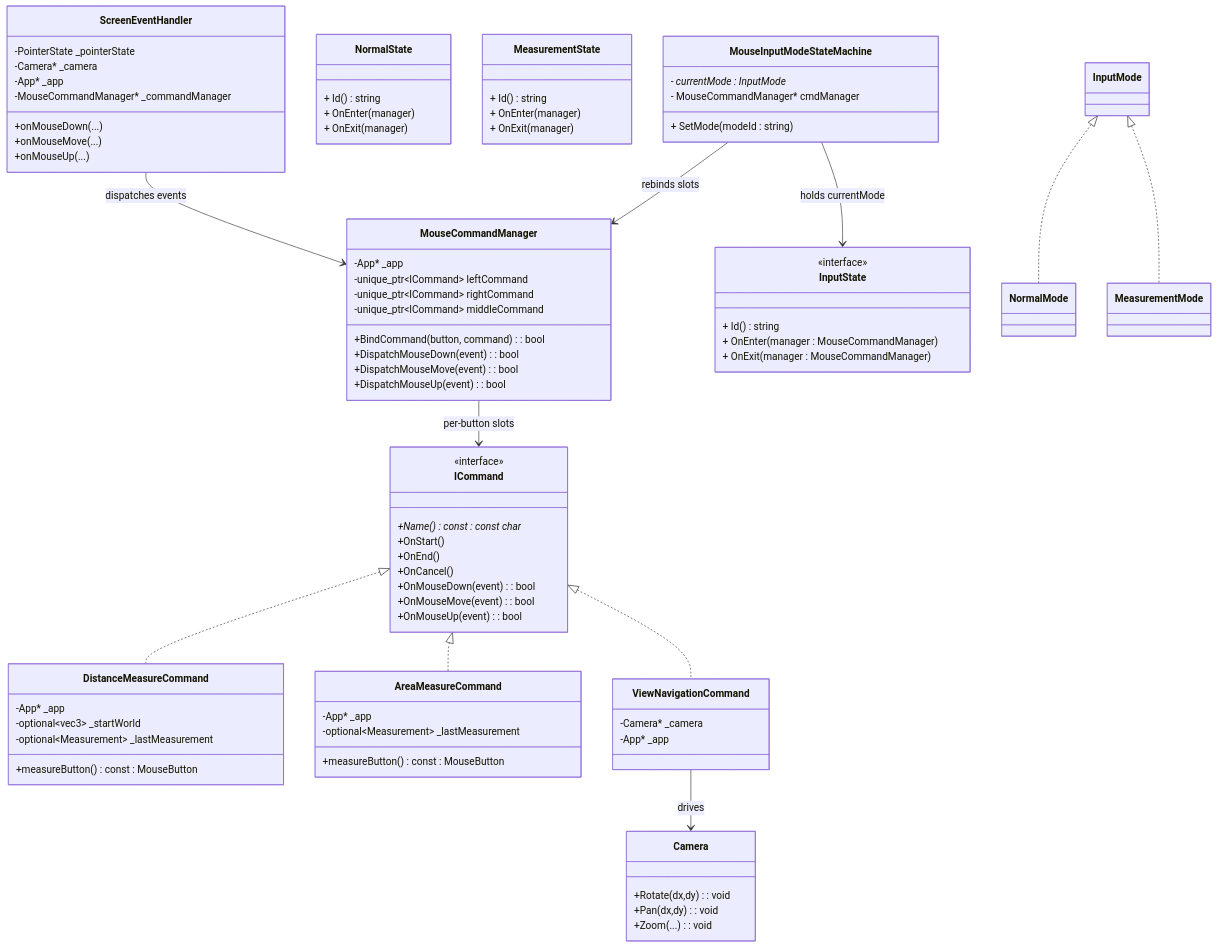
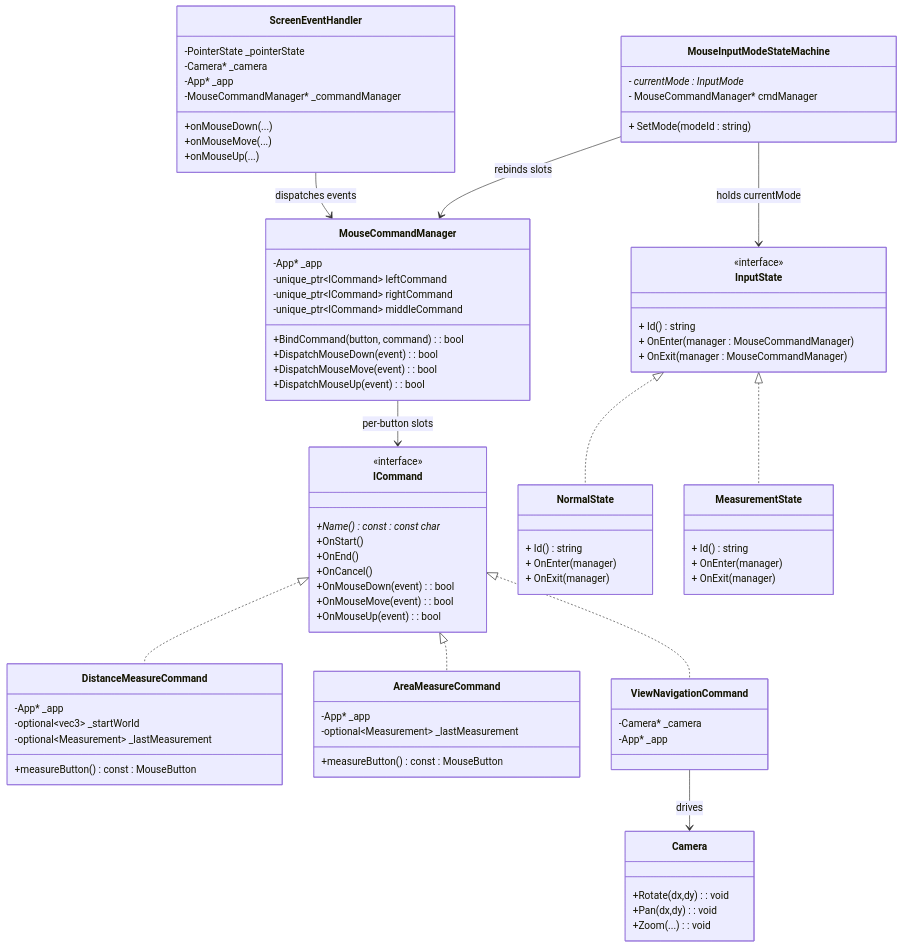
Before and after one commit to vfa-khaidt1/vfa-cdn: the second of 4 diagrams in GraphV3.md, drawn with Mermaid.

```diff
--- a/GraphV3.md
+++ b/GraphV3.md
@@ -124,8 +124,8 @@
     MouseCommandManager --> ICommand : per-button slots
     ViewNavigationCommand --> Camera : drives
 
-    InputMode <|.. NormalMode
-    InputMode <|.. MeasurementMode
+    InputState <|.. NormalState
+    InputState <|.. MeasurementState
 
     MouseInputModeStateMachine --> InputState : holds currentMode
     MouseInputModeStateMachine --> MouseCommandManager : rebinds slots
```
